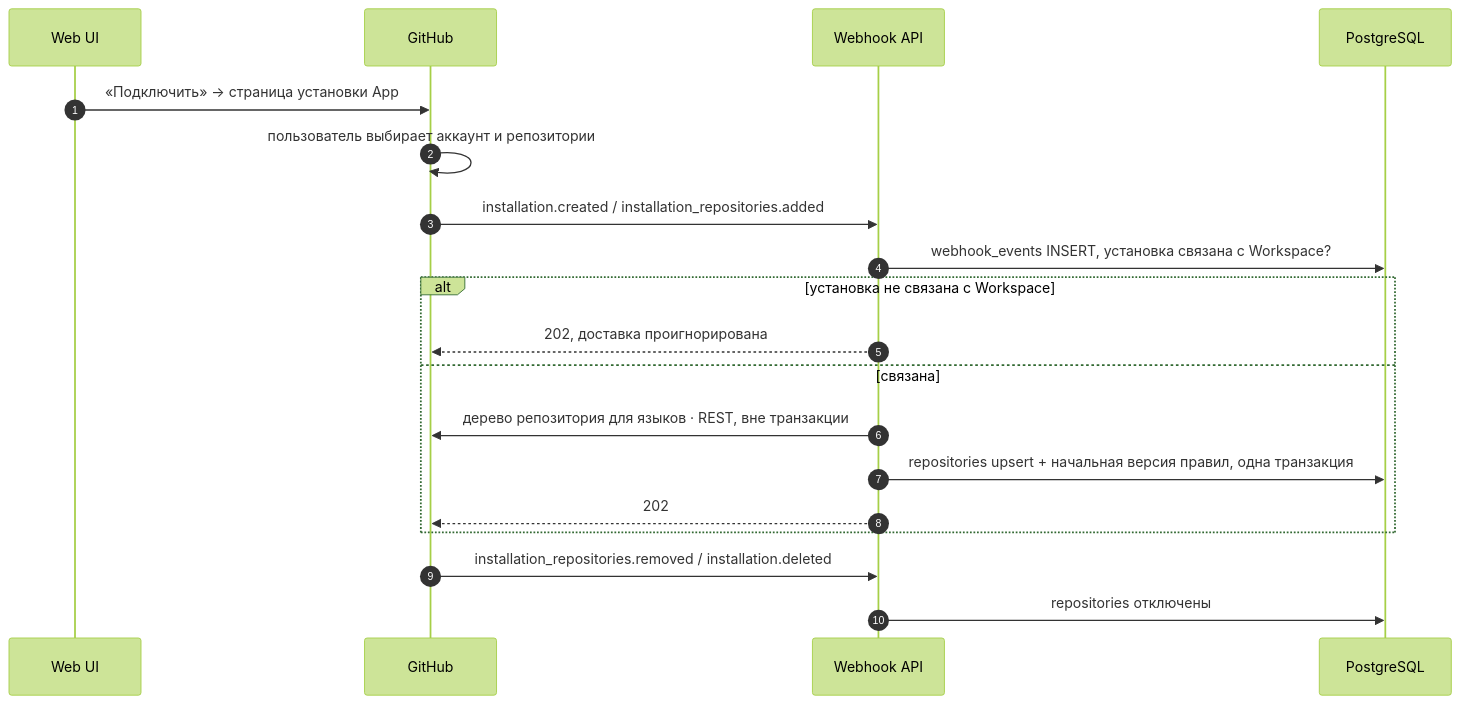
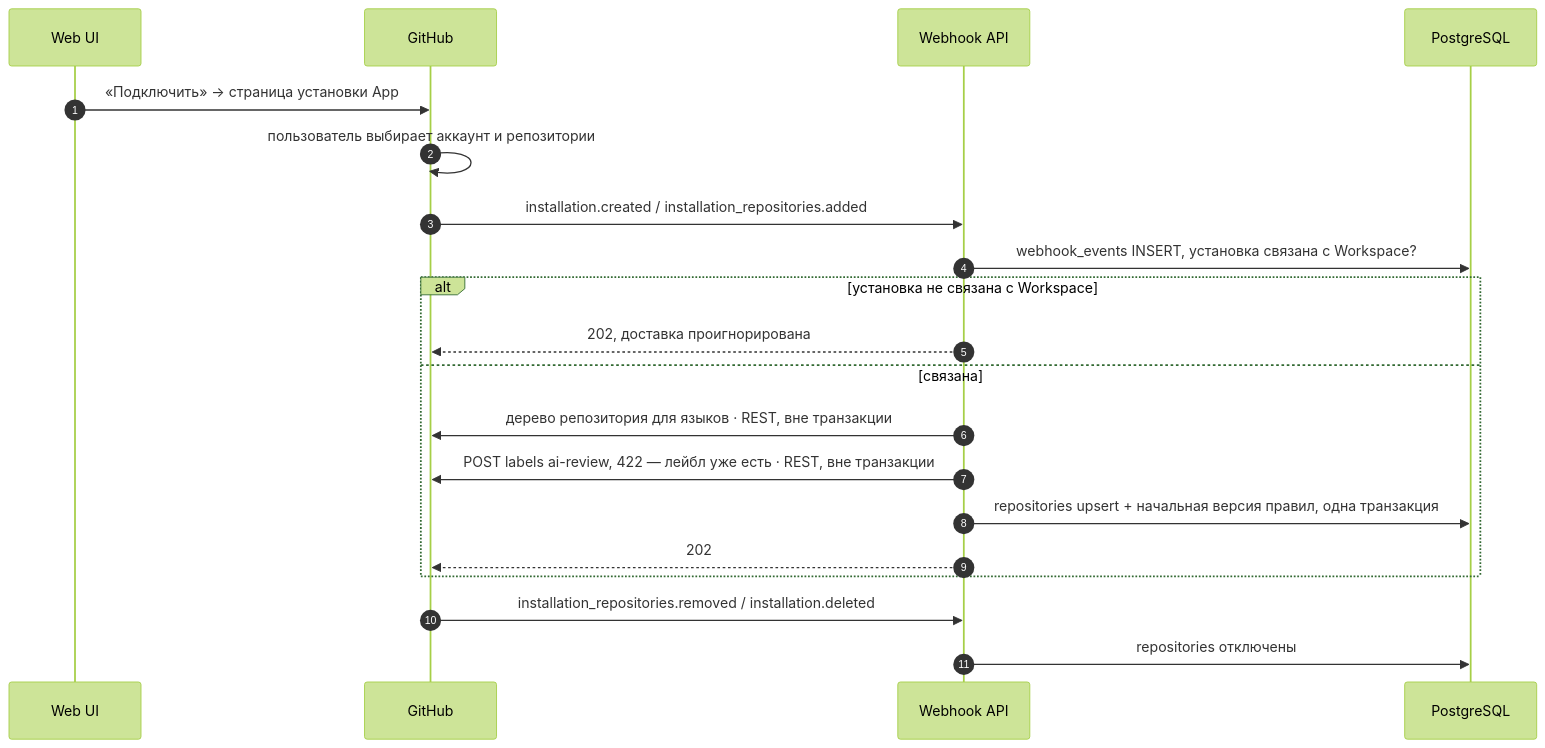
Before and after one commit to larchanka-training/dmc-268-api-t6: diagram 12 of 13 in docs/SYSTEM_DESIGN.md, drawn with Mermaid (forest theme). The commit also changed other lines of this file and 1 other file, not shown here.

First line of the commit message:
docs(spec): the App creates the ai-review label on install (#20)

````diff
--- a/docs/SYSTEM_DESIGN.md
+++ b/docs/SYSTEM_DESIGN.md
@@ -439,22 +439,23 @@
 ```mermaid
 sequenceDiagram
   autonumber
   participant B as Web UI
   participant GH as GitHub
   participant WH as Webhook API
   participant PG as PostgreSQL
 
   B->>GH: «Подключить» → страница установки App
   GH->>GH: пользователь выбирает аккаунт и репозитории
   GH->>WH: installation.created / installation_repositories.added
   WH->>PG: webhook_events INSERT, установка связана с Workspace?
   alt установка не связана с Workspace
     WH-->>GH: 202, доставка проигнорирована
   else связана
     WH->>GH: дерево репозитория для языков · REST, вне транзакции
+    WH->>GH: POST labels ai-review, 422 — лейбл уже есть · REST, вне транзакции
     WH->>PG: repositories upsert + начальная версия правил, одна транзакция
     WH-->>GH: 202
   end
   GH->>WH: installation_repositories.removed / installation.deleted
   WH->>PG: repositories отключены
 ```
````
